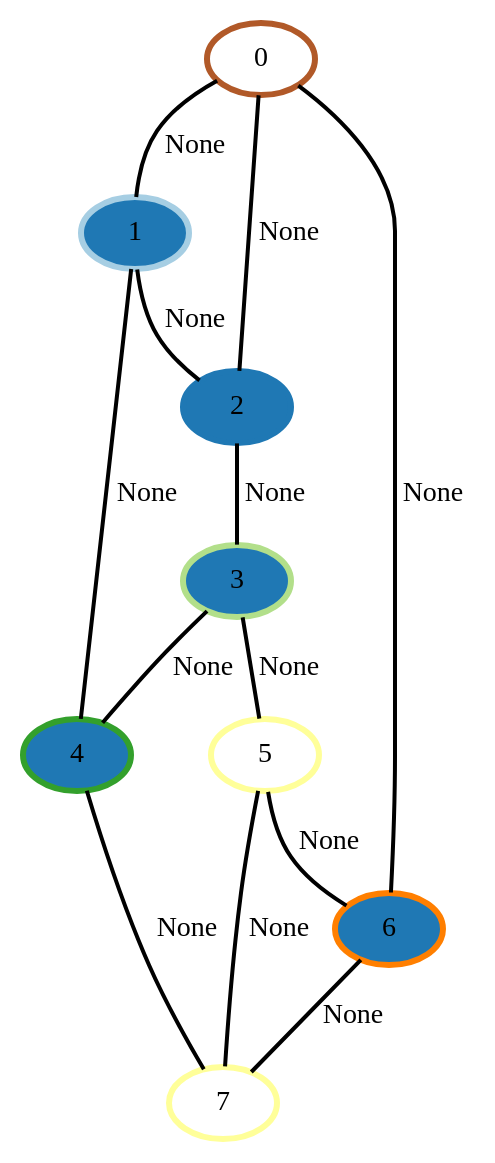
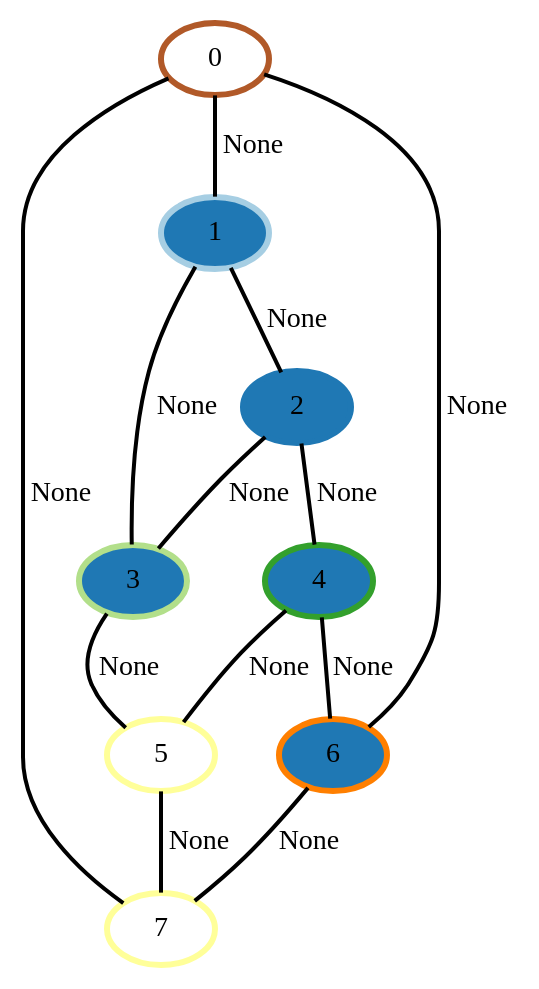
The diagram in src/color_refined_graph.dot (trueGmek/Graphs_Project), drawn with Graphviz before and after one commit. The commit also changed 3 other files, not shown here.

```diff
--- a/src/color_refined_graph.dot
+++ b/src/color_refined_graph.dot
@@ -1,23 +1,23 @@
 graph G {
     0 [penwidth=3,label="0",color=12, colorscheme=paired12]
     1 [penwidth=3,label="1",color=1, colorscheme=paired12,style=filled,fillcolor=2]
     2 [penwidth=3,label="2",color=2, colorscheme=paired12,style=filled,fillcolor=2]
     3 [penwidth=3,label="3",color=3, colorscheme=paired12,style=filled,fillcolor=2]
     4 [penwidth=3,label="4",color=4, colorscheme=paired12,style=filled,fillcolor=2]
     5 [penwidth=3,label="5",color=11, colorscheme=paired12]
     6 [penwidth=3,label="6",color=8, colorscheme=paired12,style=filled,fillcolor=2]
     7 [penwidth=3,label="7",color=11, colorscheme=paired12]
 
     0--1 [penwidth=2,label="None"]
-    0--2 [penwidth=2,label="None"]
     0--6 [penwidth=2,label="None"]
+    0--7 [penwidth=2,label="None"]
     1--2 [penwidth=2,label="None"]
-    1--4 [penwidth=2,label="None"]
+    1--3 [penwidth=2,label="None"]
     2--3 [penwidth=2,label="None"]
-    3--4 [penwidth=2,label="None"]
+    2--4 [penwidth=2,label="None"]
     3--5 [penwidth=2,label="None"]
-    4--7 [penwidth=2,label="None"]
-    5--6 [penwidth=2,label="None"]
+    4--5 [penwidth=2,label="None"]
+    4--6 [penwidth=2,label="None"]
     5--7 [penwidth=2,label="None"]
     6--7 [penwidth=2,label="None"]
 }
```
